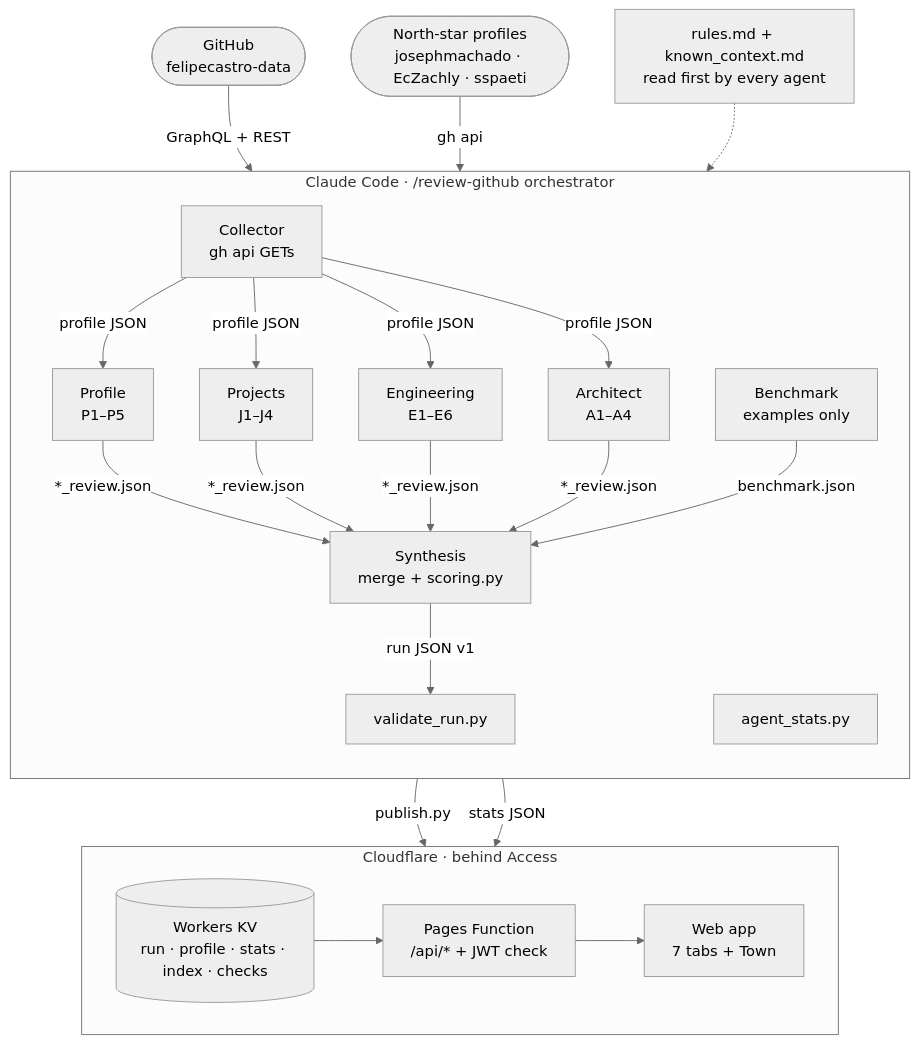
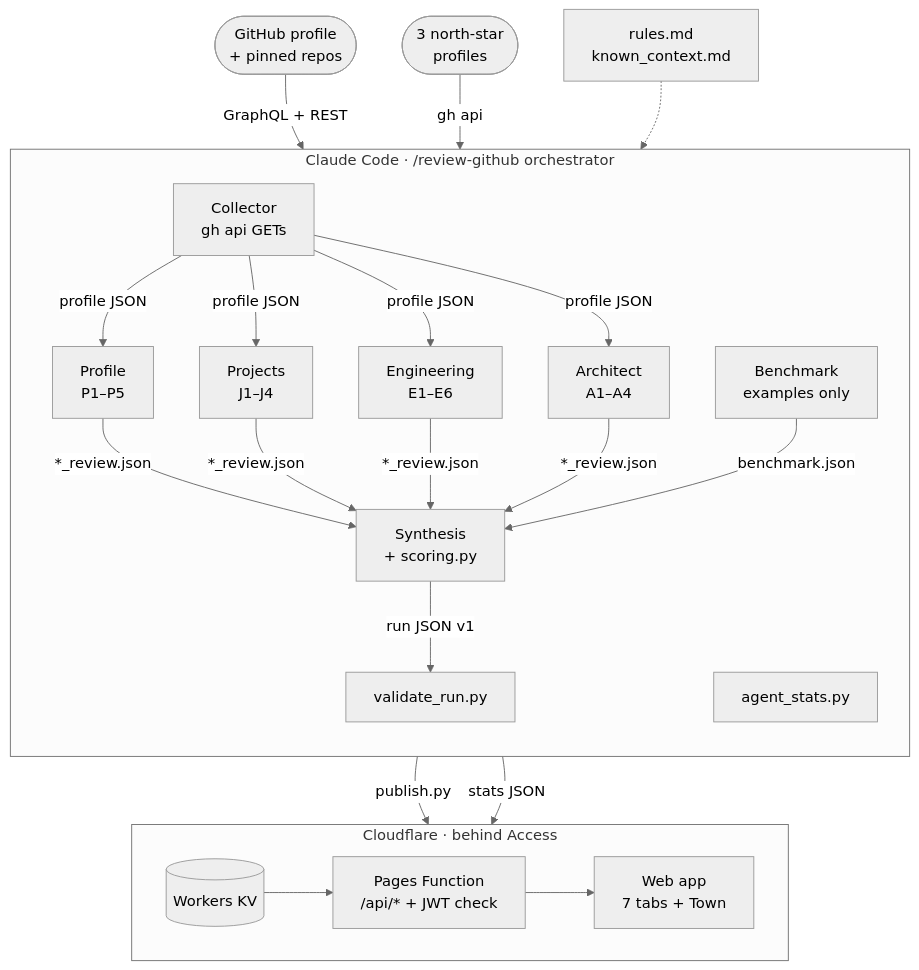
Before and after one commit to felipecastro-data/github-profile-review: the first of 9 diagrams in README.md, drawn with Mermaid (neutral theme).

Commit message:
README: shorter architecture labels

````diff
--- a/README.md
+++ b/README.md
@@ -84,37 +84,37 @@
 ```mermaid
 flowchart TB
-    GH(["GitHub<br/>felipecastro-data"])
-    NS(["North-star profiles<br/>josephmachado · EcZachly · sspaeti"])
-    K["rules.md + known_context.md<br/>read first by every agent"]
+    GH(["GitHub profile<br/>+ pinned repos"])
+    NS(["3 north-star<br/>profiles"])
+    K["rules.md<br/>known_context.md"]
 
     subgraph CC["Claude Code · /review-github orchestrator"]
         direction TB
         CO["Collector<br/>gh api GETs"]
         BM["Benchmark<br/>examples only"]
         PR["Profile<br/>P1–P5"]
         JR["Projects<br/>J1–J4"]
         ER["Engineering<br/>E1–E6"]
         AR["Architect<br/>A1–A4"]
-        SY["Synthesis<br/>merge + scoring.py"]
+        SY["Synthesis<br/>+ scoring.py"]
         V["validate_run.py"]
         T["agent_stats.py"]
     end
 
     subgraph CF["Cloudflare · behind Access"]
         direction LR
-        KV[("Workers KV<br/>run · profile · stats · index · checks")]
+        KV[("Workers KV")]
         F["Pages Function<br/>/api/* + JWT check"]
         P["Web app<br/>7 tabs + Town"]
     end
 
     GH -->|"GraphQL + REST"| CO
     NS -->|"gh api"| BM
     K -.-> CC
     CO -->|"profile JSON"| PR & JR & ER & AR
     PR & JR & ER & AR -->|"*_review.json"| SY
     BM -->|"benchmark.json"| SY
     SY -->|"run JSON v1"| V
     V -->|"publish.py"| KV
     T -->|"stats JSON"| KV
     KV --> F --> P
 ```
````
